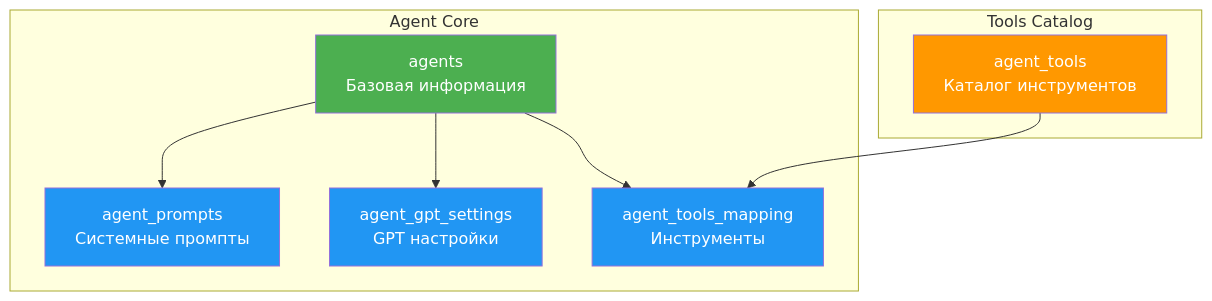
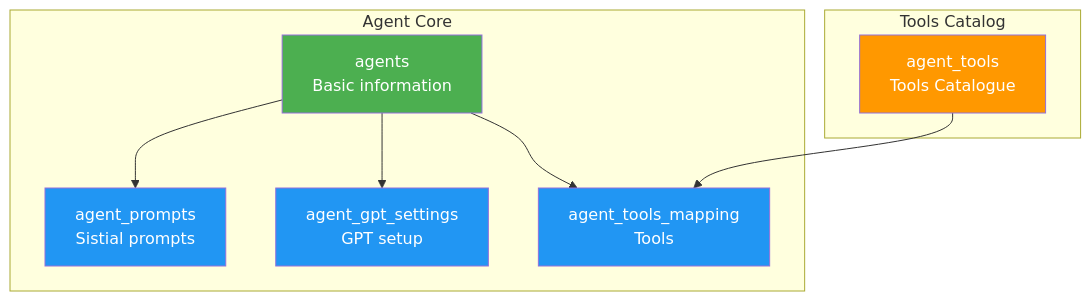
The second of 11 diagrams in components/office_services/central_database/DATABASE_DIAGRAM.md (Maxi-online/hr-intelligence-platform), drawn with Mermaid before and after one commit. The commit also changed other lines of this file and 90 other files, not shown here.

````diff
--- a/components/office_services/central_database/DATABASE_DIAGRAM.md
+++ b/components/office_services/central_database/DATABASE_DIAGRAM.md
@@ -340,24 +340,24 @@
 ```mermaid
 graph TB
     subgraph "Agent Core"
-        A[agents<br/>Базовая информация]
-        P[agent_prompts<br/>Системные промпты]
-        G[agent_gpt_settings<br/>GPT настройки]
-        T[agent_tools_mapping<br/>Инструменты]
+        A[agents<br/> Basic information]
+        P[agent_prompts<br/>Sistial prompts]
+        G[agent_gpt_settings<br/>GPT setup]
+        T[agent_tools_mapping<br/> Tools]
         
         A --> P
         A --> G
         A --> T
     end
     
     subgraph "Tools Catalog"
-        TC[agent_tools<br/>Каталог инструментов]
+        TC[agent_tools<br/> Tools Catalogue]
         TC --> T
     end
     
     style A fill:#4CAF50,color:#fff
     style P fill:#2196F3,color:#fff
     style G fill:#2196F3,color:#fff
     style T fill:#2196F3,color:#fff
     style TC fill:#FF9800,color:#fff
 ```
````
